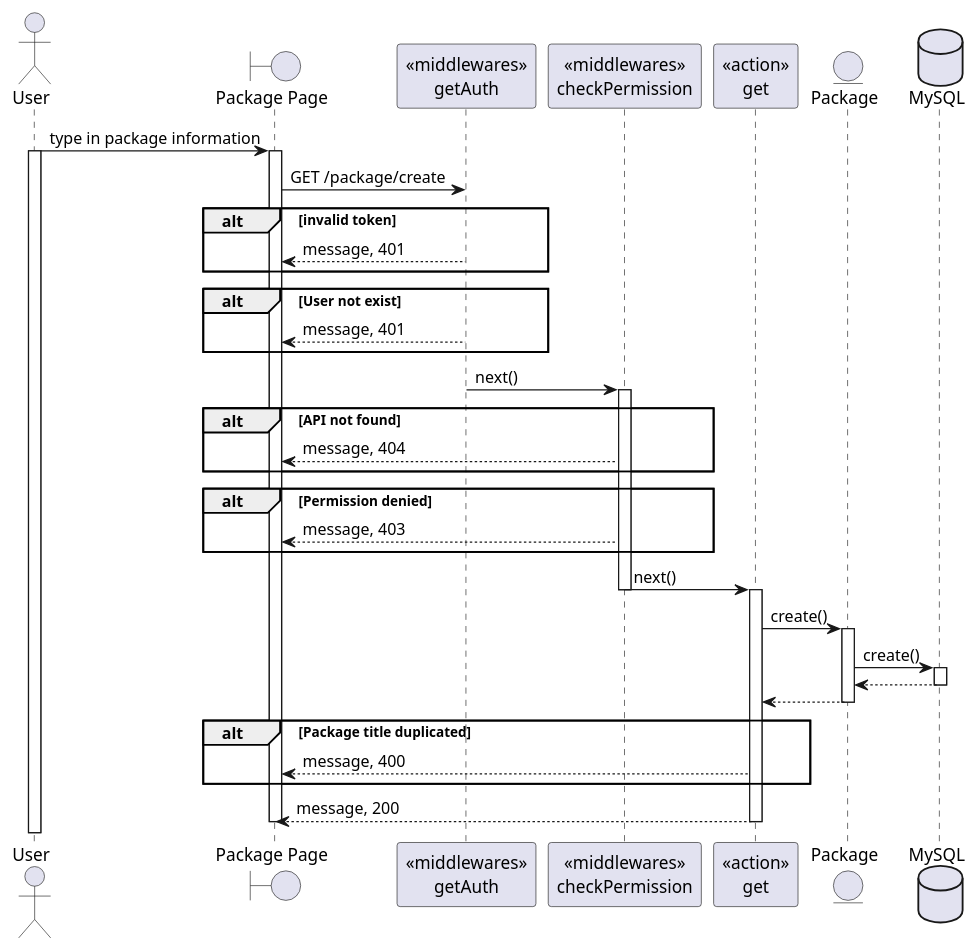
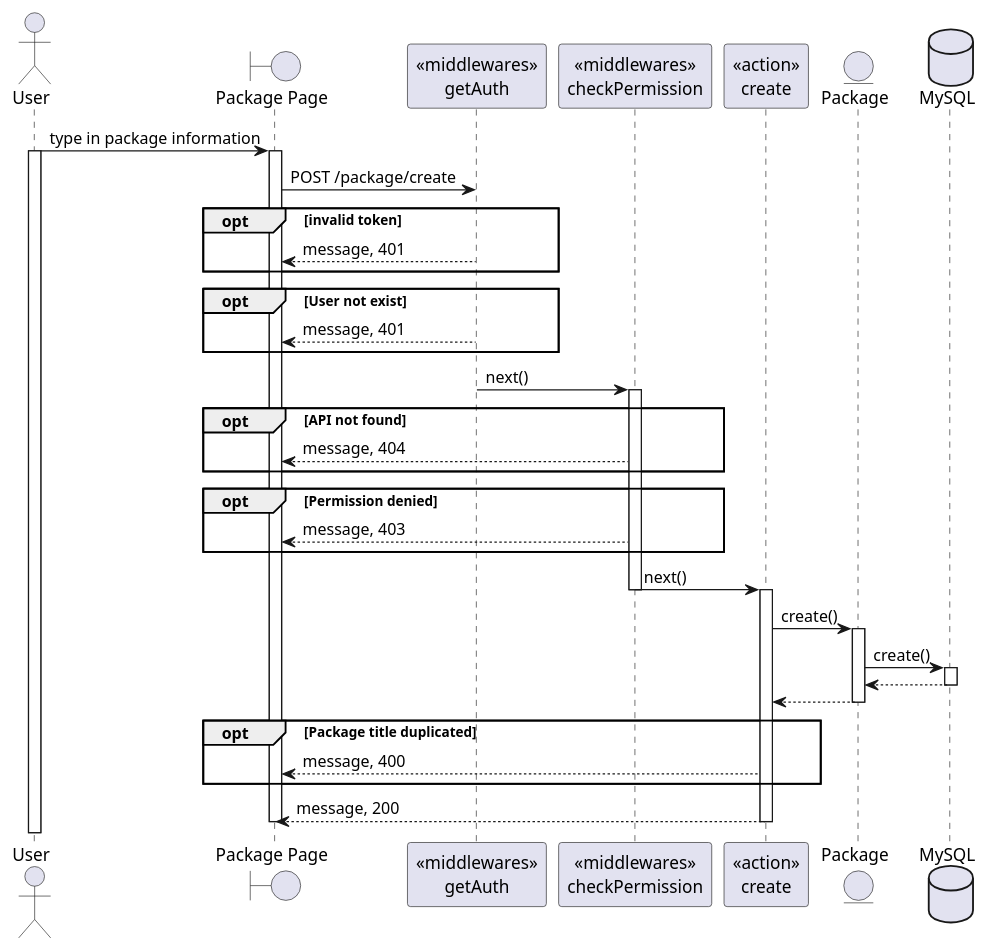
The diagram in SequeceDiagram/package/create.wsd (BunnyButtpowder/TeleLink-Original), drawn with PlantUML before and after one commit. The commit also changed 16 other files, not shown here.

Commit message:
finish almost all sequence diagram

```diff
--- a/SequeceDiagram/package/create.wsd
+++ b/SequeceDiagram/package/create.wsd
@@ -1,54 +1,54 @@
 @startuml
 actor User
 boundary "Package Page" as Client
 participant "<<middlewares>>\ngetAuth" as mid1
 participant "<<middlewares>>\ncheckPermission" as mid2
-participant "<<action>>\nget" as Controller
+participant "<<action>>\ncreate" as Controller
 entity "Package" as Model
 database "MySQL" as DB
 
 User -> Client: type in package information
 activate User
 activate Client
-Client -> mid1: GET /package/create
-alt invalid token
+Client -> mid1: POST /package/create
+opt invalid token
     mid1 --> Client: message, 401
 end
-alt User not exist
+opt User not exist
     mid1 --> Client: message, 401
 end
 mid1 -> mid2: next()
 deactivate mid1
 activate mid2
-alt API not found
+opt API not found
     mid2 --> Client: message, 404
 end
-alt Permission denied
+opt Permission denied
     mid2 --> Client: message, 403
 end
 mid2 -> Controller: next()
 deactivate mid2
 activate Controller
 Controller -> Model: create()
 activate Model
 Model -> DB: create()
 activate DB
 DB --> Model
 deactivate DB
 Model --> Controller
 deactivate Model
-alt Package title duplicated
+opt Package title duplicated
 Controller --> Client: message, 400
 end
 Controller --> Client: message, 200
 deactivate Controller
 
 
 
 
 
 
 
 deactivate Client
 
 @enduml
```
